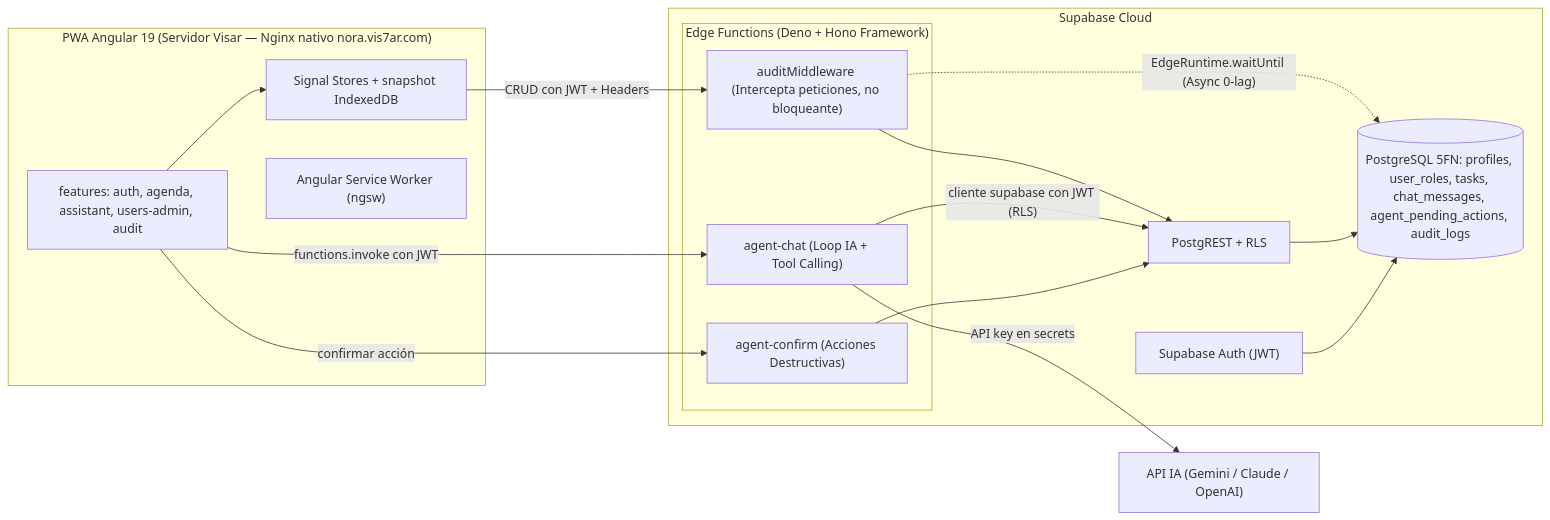
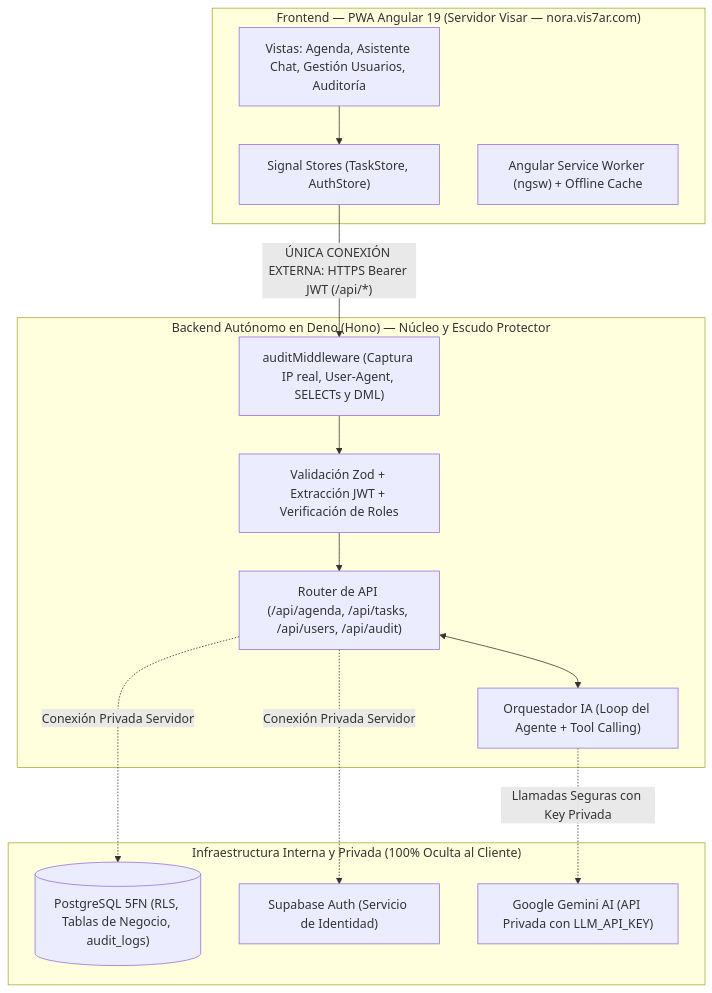
The first of 5 diagrams in documentos/Analisis_Tecnico_Plan_Ejecucion_Prueba1.md (250zero/nora), drawn with Mermaid before and after one commit. The commit also changed other lines of this file and 54 other files, not shown here.

Commit message:
feat(fase1): inicializar arquitectura desacoplada backend Deno y frontend Angular PWA (v0.1.0)

````diff
--- a/documentos/Analisis_Tecnico_Plan_Ejecucion_Prueba1.md
+++ b/documentos/Analisis_Tecnico_Plan_Ejecucion_Prueba1.md
@@ -137,31 +143,31 @@
 ```mermaid
-flowchart LR
-  subgraph Cliente["PWA Angular 19 (Servidor Visar — Nginx nativo nora.vis7ar.com)"]
-    UI["features: auth, agenda, assistant, users-admin, audit"]
-    Store["Signal Stores + snapshot IndexedDB"]
-    SW["Angular Service Worker (ngsw)"]
+flowchart TD
+  subgraph Frontend["Frontend — PWA Angular 19 (Servidor Visar — nora.vis7ar.com)"]
+    UI["Vistas: Agenda, Asistente Chat, Gestión Usuarios, Auditoría"]
+    Store["Signal Stores (TaskStore, AuthStore)"]
+    SW["Angular Service Worker (ngsw) + Offline Cache"]
   end
-  subgraph SupabaseCloud["Supabase Cloud"]
-    Auth["Supabase Auth (JWT)"]
-    REST["PostgREST + RLS"]
-    subgraph EdgeFunctions["Edge Functions (Deno + Hono Framework)"]
-      EF1["agent-chat (Loop IA + Tool Calling)"]
-      EF2["agent-confirm (Acciones Destructivas)"]
-      AuditMW["auditMiddleware (Intercepta peticiones, no bloqueante)"]
-    end
-    DB[("PostgreSQL 5FN: profiles, user_roles, tasks, chat_messages, agent_pending_actions, audit_logs")]
+
+  subgraph DenoBFF["Backend Autónomo en Deno (Hono) — Núcleo y Escudo Protector"]
+    AuditMW["auditMiddleware (Captura IP real, User-Agent, SELECTs y DML)"]
+    Router["Router de API (/api/agenda, /api/tasks, /api/users, /api/audit)"]
+    AgentCore["Orquestador IA (Loop del Agente + Tool Calling)"]
+    SecLayer["Validación Zod + Extracción JWT + Verificación de Roles"]
   end
-  LLM["API IA (Gemini / Claude / OpenAI)"]
+
+  subgraph InfraPrivada["Infraestructura Interna y Privada (100% Oculta al Cliente)"]
+    SupaDB[("PostgreSQL 5FN (RLS, Tablas de Negocio, audit_logs)")]
+    SupaAuth["Supabase Auth (Servicio de Identidad)"]
+    Gemini["Google Gemini AI (API Privada con LLM_API_KEY)"]
+  end
 
   UI --> Store
-  Store -->|"CRUD con JWT + Headers"| AuditMW
-  AuditMW --> REST
-  AuditMW -.->|"EdgeRuntime.waitUntil (Async 0-lag)"| DB
-  UI -->|"functions.invoke con JWT"| EF1
-  UI -->|"confirmar acción"| EF2
-  EF1 -->|"cliente supabase con JWT (RLS)"| REST
-  EF2 --> REST
-  EF1 -->|"API key en secrets"| LLM
-  REST --> DB
-  Auth --> DB
+  Store -->|"ÚNICA CONEXIÓN EXTERNA: HTTPS Bearer JWT (/api/*)"| AuditMW
+  AuditMW --> SecLayer
+  SecLayer --> Router
+  Router <--> AgentCore
+
+  Router -.->|"Conexión Privada Servidor"| SupaDB
+  Router -.->|"Conexión Privada Servidor"| SupaAuth
+  AgentCore -.->|"Llamadas Seguras con Key Privada"| Gemini
 ```
````
